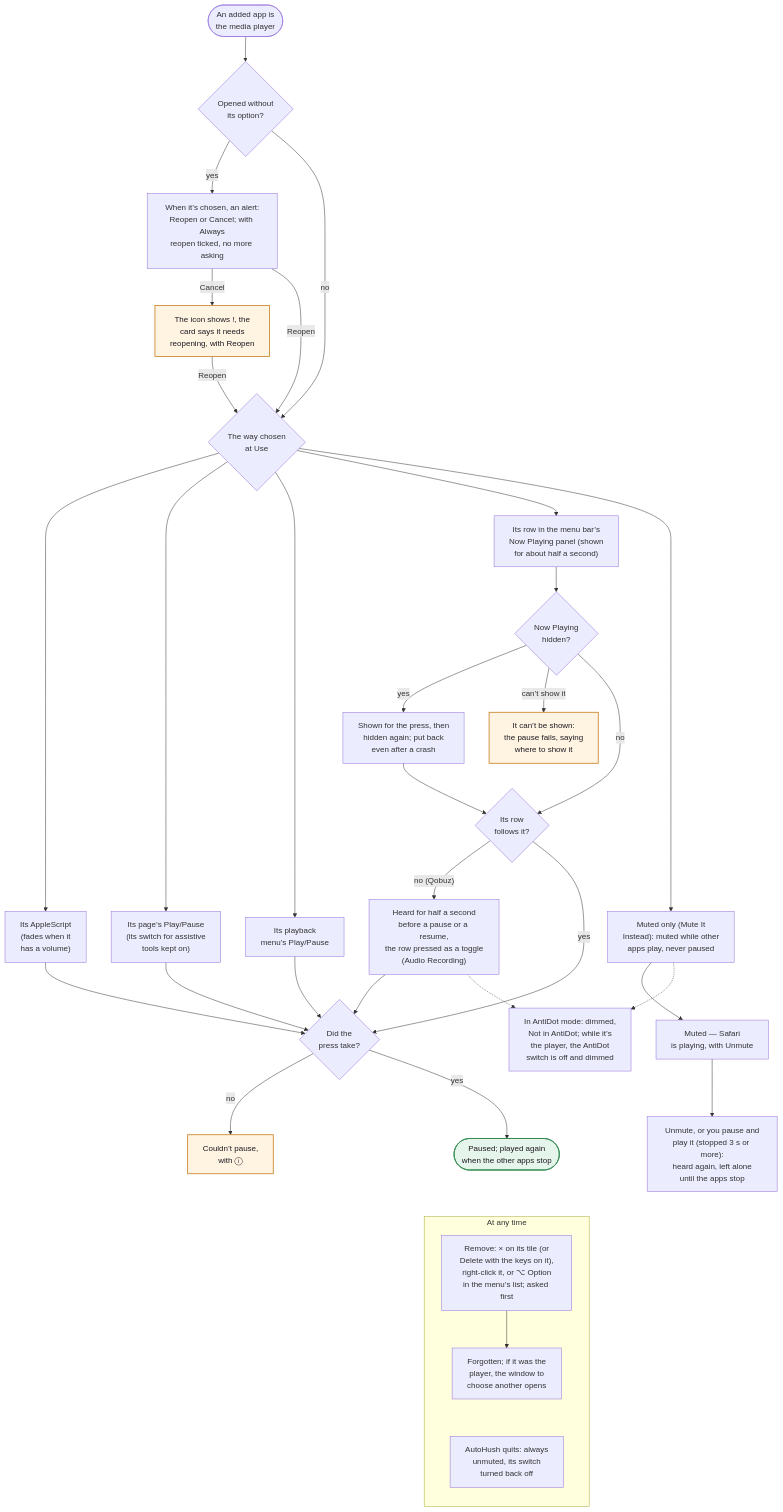
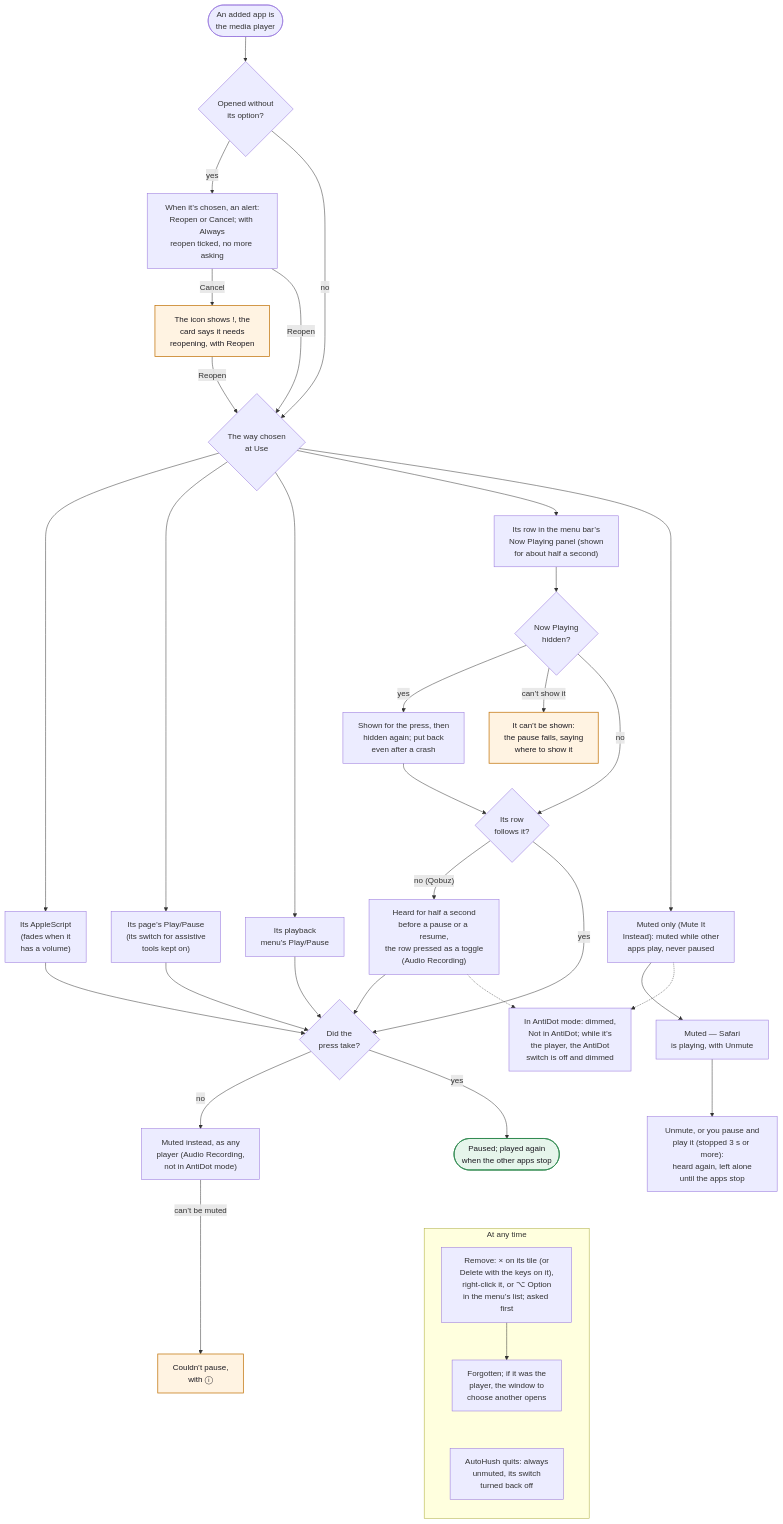
Diagram 11 of 14 in WORKFLOWS.md (hfustercabre/AutoHush), drawn with Mermaid before and after one commit. The commit also changed other lines of this file and 8 other files, not shown here.

````diff
--- a/WORKFLOWS.md
+++ b/WORKFLOWS.md
@@ -611,59 +611,61 @@
 ```mermaid
 flowchart TD
   P(["An added app is<br/>the media player"])
   RE{"Opened without<br/>its option?"}
   ALERT["When it’s chosen, an alert:<br/>Reopen or Cancel; with Always<br/>reopen ticked, no more asking"]
   CARD["The icon shows !, the<br/>card says it needs<br/>reopening, with Reopen"]
   WAY{"The way chosen<br/>at Use"}
   SCR["Its AppleScript<br/>(fades when it<br/>has a volume)"]
   PAGE["Its page’s Play/Pause<br/>(its switch for assistive<br/>tools kept on)"]
   MENU["Its playback<br/>menu’s Play/Pause"]
   PANEL["Its row in the menu bar’s<br/>Now Playing panel (shown<br/>for about half a second)"]
   HID{"Now Playing<br/>hidden?"}
   SHOWN["Shown for the press, then<br/>hidden again; put back<br/>even after a crash"]
   CANT["It can’t be shown:<br/>the pause fails, saying<br/>where to show it"]
   STALE{"Its row<br/>follows it?"}
   HEAR["Heard for half a second<br/>before a pause or a resume,<br/>the row pressed as a toggle<br/>(Audio Recording)"]
   TOOK{"Did the<br/>press take?"}
+  INSTEAD["Muted instead, as any<br/>player (Audio Recording,<br/>not in AntiDot mode)"]
   FAIL["Couldn’t pause,<br/>with ⓘ"]
   OKP(["Paused; played again<br/>when the other apps stop"])
   MUTE["Muted only (Mute It<br/>Instead): muted while other<br/>apps play, never paused"]
   MUTED["Muted — Safari<br/>is playing, with Unmute"]
   UNM["Unmute, or you pause and<br/>play it (stopped 3 s or more):<br/>heard again, left alone<br/>until the apps stop"]
   ANTI["In AntiDot mode: dimmed,<br/>Not in AntiDot; while it’s<br/>the player, the AntiDot<br/>switch is off and dimmed"]
   subgraph ANY["At any time"]
     direction TB
     REM["Remove: × on its tile (or<br/>Delete with the keys on it),<br/>right-click it, or ⌥ Option<br/>in the menu’s list; asked first"]
     GONE["Forgotten; if it was the<br/>player, the window to<br/>choose another opens"]
     QUIT["AutoHush quits: always<br/>unmuted, its switch<br/>turned back off"]
   end
 
   P --> RE
   RE -->|"yes"| ALERT
   ALERT -->|"Cancel"| CARD
   ALERT -->|"Reopen"| WAY
   CARD -->|"Reopen"| WAY
   RE -->|"no"| WAY
   WAY --> SCR --> TOOK
   WAY --> PAGE --> TOOK
   WAY --> MENU --> TOOK
   WAY --> PANEL --> HID
   HID -->|"yes"| SHOWN --> STALE
   HID -->|"can’t show it"| CANT
   HID -->|"no"| STALE
   STALE -->|"no (Qobuz)"| HEAR --> TOOK
   STALE -->|"yes"| TOOK
-  TOOK -->|"no"| FAIL
+  TOOK -->|"no"| INSTEAD
+  INSTEAD -->|"can’t be muted"| FAIL
   TOOK -->|"yes"| OKP
   WAY --> MUTE --> MUTED --> UNM
   MUTE -.-> ANTI
   HEAR -.-> ANTI
   OKP ~~~ REM
   REM --> GONE
   GONE ~~~ QUIT
 
   class FAIL,CANT,CARD warn
   class OKP done
   classDef warn fill:#fff3e2,stroke:#c47812,stroke-width:1.5px,color:#1d1b22
   classDef done fill:#e6f5eb,stroke:#2f8a50,stroke-width:1.5px,color:#1d1b22
 ```
````
